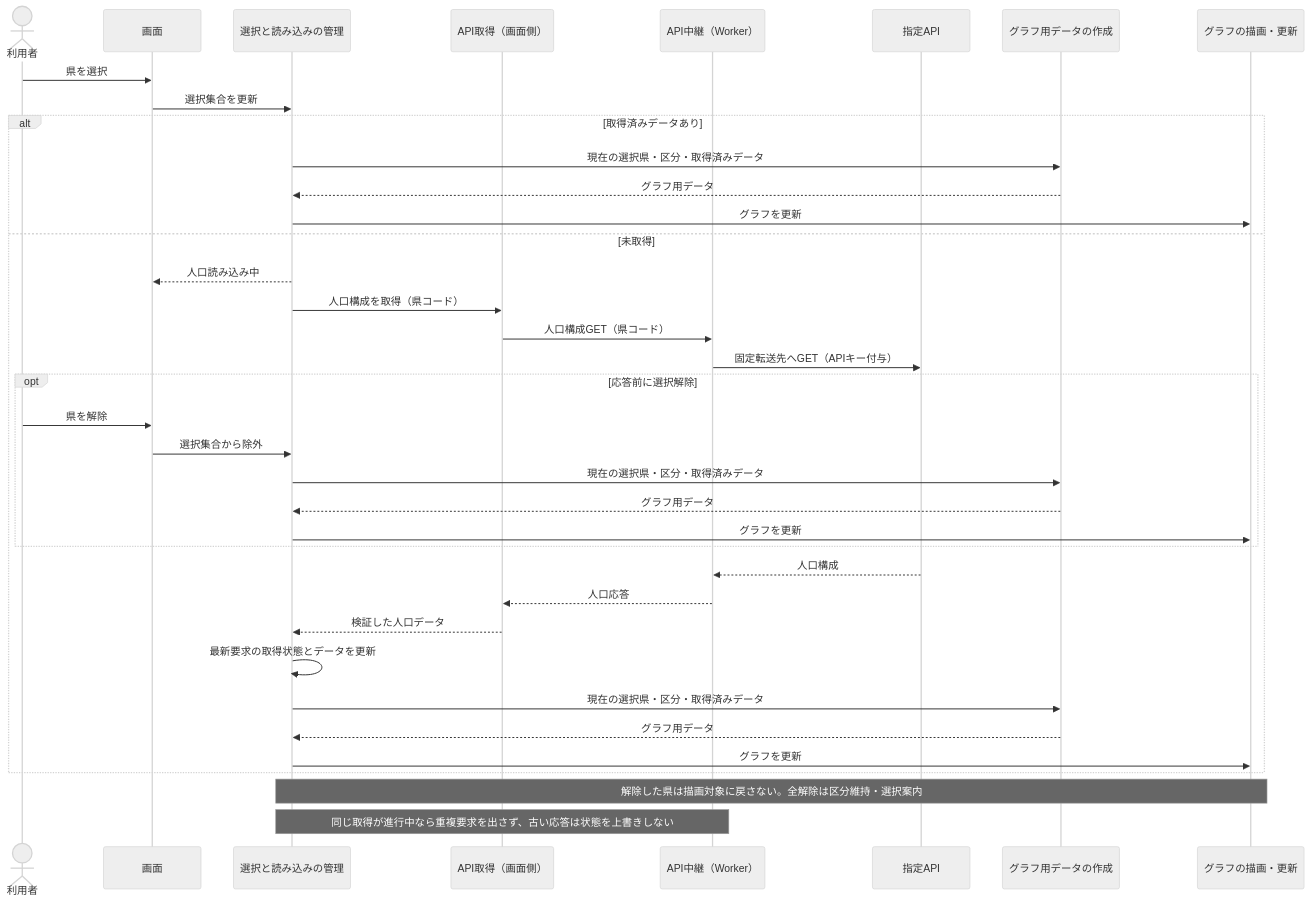
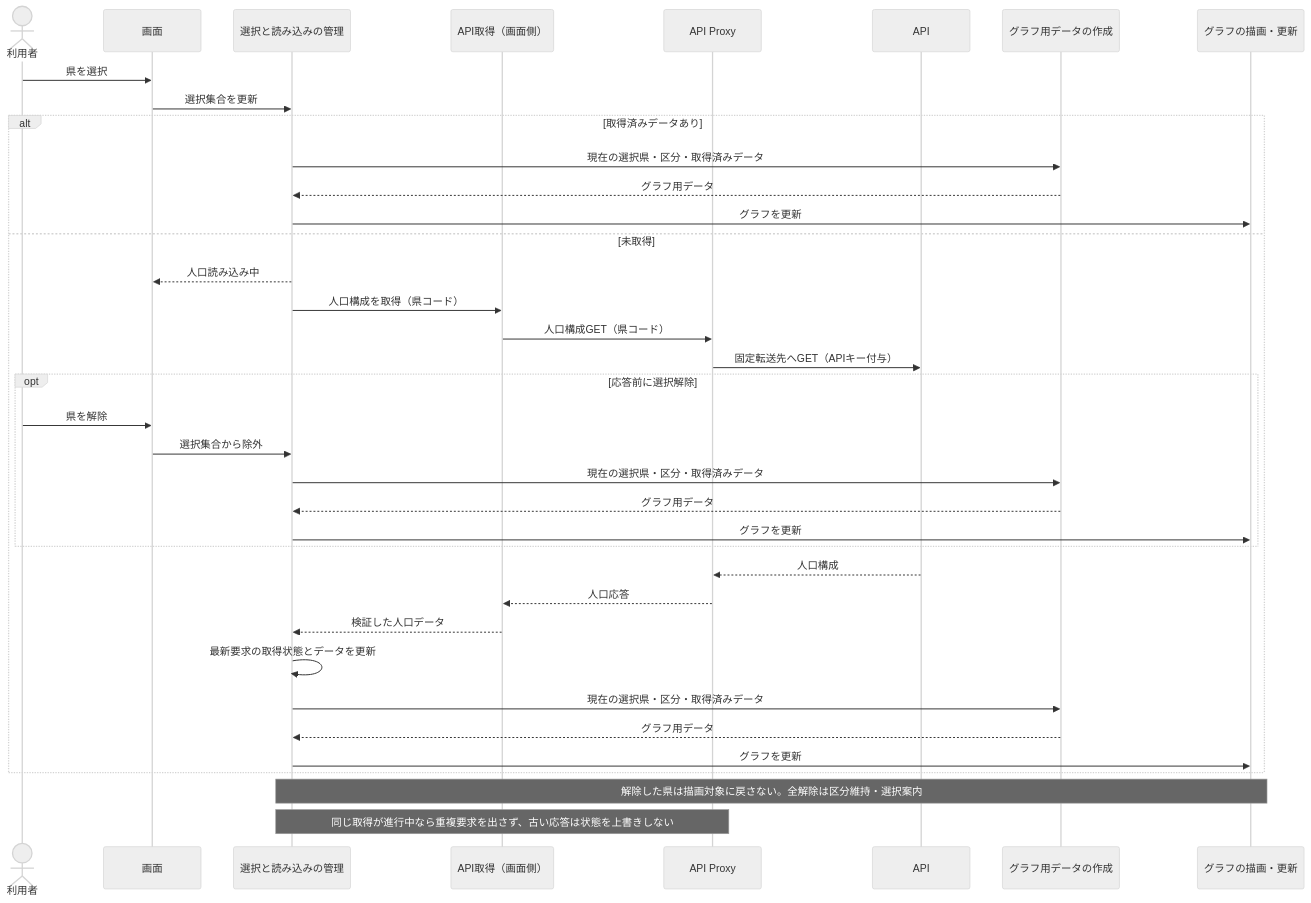
The third of 5 diagrams in docs/DESIGN.md (t2421/frontend-engineer-codecheck), drawn with Mermaid (neutral theme) before and after one commit. The commit also changed other lines of this file, not shown here.

Commit message:
図と本文のAPI Proxy表記を統一

````diff
--- a/docs/DESIGN.md
+++ b/docs/DESIGN.md
@@ -70,39 +70,39 @@
 ```mermaid
 sequenceDiagram
   actor User as 利用者
   participant UI as 画面
   participant State as 選択と読み込みの管理
   participant Fetch as API取得（画面側）
-  participant Worker as API中継（Worker）
-  participant API as 指定API
+  participant Proxy as API Proxy
+  participant API as API
   participant Transform as グラフ用データの作成
   participant Chart as グラフの描画・更新
   User->>UI: 県を選択
   UI->>State: 選択集合を更新
   alt 取得済みデータあり
     State->>Transform: 現在の選択県・区分・取得済みデータ
     Transform-->>State: グラフ用データ
     State->>Chart: グラフを更新
   else 未取得
     State-->>UI: 人口読み込み中
     State->>Fetch: 人口構成を取得（県コード）
-    Fetch->>Worker: 人口構成GET（県コード）
-    Worker->>API: 固定転送先へGET（APIキー付与）
+    Fetch->>Proxy: 人口構成GET（県コード）
+    Proxy->>API: 固定転送先へGET（APIキー付与）
     opt 応答前に選択解除
       User->>UI: 県を解除
       UI->>State: 選択集合から除外
       State->>Transform: 現在の選択県・区分・取得済みデータ
       Transform-->>State: グラフ用データ
       State->>Chart: グラフを更新
     end
-    API-->>Worker: 人口構成
-    Worker-->>Fetch: 人口応答
+    API-->>Proxy: 人口構成
+    Proxy-->>Fetch: 人口応答
     Fetch-->>State: 検証した人口データ
     State->>State: 最新要求の取得状態とデータを更新
     State->>Transform: 現在の選択県・区分・取得済みデータ
     Transform-->>State: グラフ用データ
     State->>Chart: グラフを更新
   end
   Note over State,Chart: 解除した県は描画対象に戻さない。全解除は区分維持・選択案内
-  Note over State,Worker: 同じ取得が進行中なら重複要求を出さず、古い応答は状態を上書きしない
+  Note over State,Proxy: 同じ取得が進行中なら重複要求を出さず、古い応答は状態を上書きしない
 ```
````
